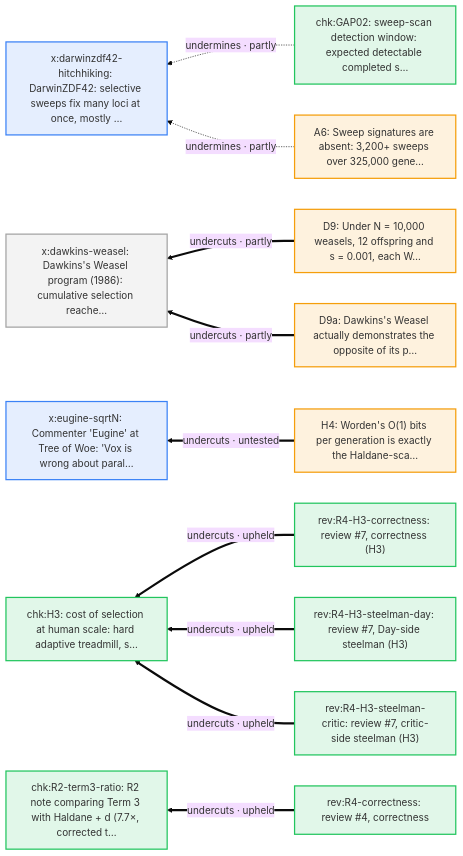
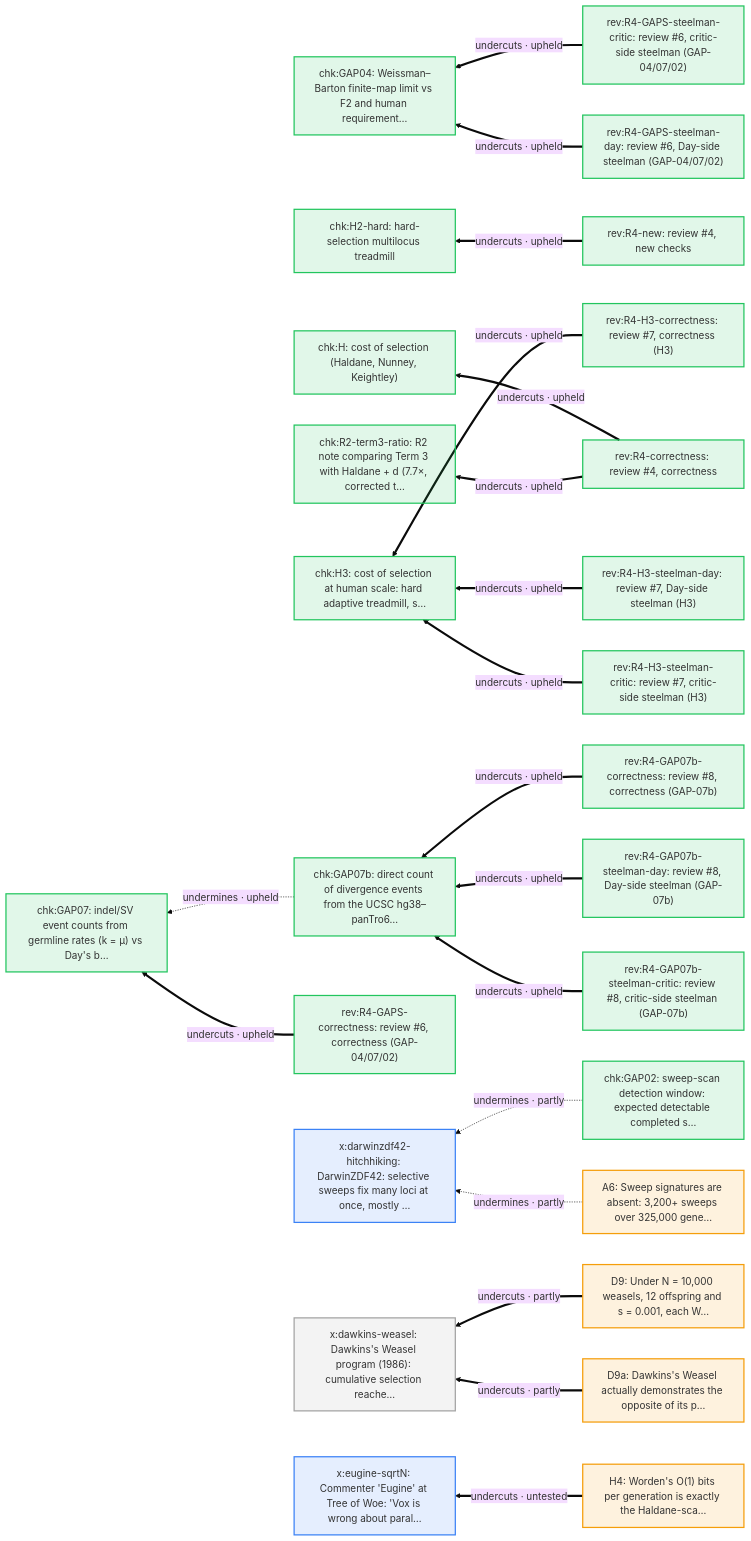
One commit to nickallevato/evo-sim changed diagram 16 of 16 in docs/arguments/defeaters.md. Above: the diagram before and after it, drawn with Mermaid (base theme). The commit also changed other lines of this file and 50 other files, not shown here.

````diff
--- a/docs/arguments/defeaters.md
+++ b/docs/arguments/defeaters.md
@@ -763,31 +787,52 @@
 ```mermaid
 flowchart RL
   classDef day fill:#f59e0b22,stroke:#f59e0b,stroke-width:2px
   classDef ally fill:#d9770622,stroke:#d97706,stroke-width:2px
   classDef critic fill:#3b82f622,stroke:#3b82f6,stroke-width:2px
   classDef literature fill:#a3a3a322,stroke:#a3a3a3,stroke-width:2px
   classDef audit fill:#22c55e22,stroke:#22c55e,stroke-width:2px
   A6["A6: Sweep signatures are absent: 3,200+ sweeps over 325,000 gene…"]:::day
   D9["D9: Under N = 10,000 weasels, 12 offspring and s = 0.001, each W…"]:::day
   D9a["D9a: Dawkins's Weasel actually demonstrates the opposite of its p…"]:::day
   H4["H4: Worden's O(1) bits per generation is exactly the Haldane-sca…"]:::day
   chk_GAP02["chk:GAP02: sweep-scan detection window: expected detectable completed s…"]:::audit
+  chk_GAP04["chk:GAP04: Weissman–Barton finite-map limit vs F2 and human requirement…"]:::audit
+  chk_GAP07["chk:GAP07: indel/SV event counts from germline rates (k = μ) vs Day's b…"]:::audit
+  chk_GAP07b["chk:GAP07b: direct count of divergence events from the UCSC hg38–panTro6…"]:::audit
+  chk_H["chk:H: cost of selection (Haldane, Nunney, Keightley)"]:::audit
+  chk_H2_hard["chk:H2-hard: hard-selection multilocus treadmill"]:::audit
   chk_H3["chk:H3: cost of selection at human scale: hard adaptive treadmill, s…"]:::audit
   chk_R2_term3_ratio["chk:R2-term3-ratio: R2 note comparing Term 3 with Haldane + d (7.7×, corrected t…"]:::audit
+  rev_R4_GAP07b_correctness["rev:R4-GAP07b-correctness: review #8, correctness (GAP-07b)"]:::audit
+  rev_R4_GAP07b_steelman_critic["rev:R4-GAP07b-steelman-critic: review #8, critic-side steelman (GAP-07b)"]:::audit
+  rev_R4_GAP07b_steelman_day["rev:R4-GAP07b-steelman-day: review #8, Day-side steelman (GAP-07b)"]:::audit
+  rev_R4_GAPS_correctness["rev:R4-GAPS-correctness: review #6, correctness (GAP-04/07/02)"]:::audit
+  rev_R4_GAPS_steelman_critic["rev:R4-GAPS-steelman-critic: review #6, critic-side steelman (GAP-04/07/02)"]:::audit
+  rev_R4_GAPS_steelman_day["rev:R4-GAPS-steelman-day: review #6, Day-side steelman (GAP-04/07/02)"]:::audit
   rev_R4_H3_correctness["rev:R4-H3-correctness: review #7, correctness (H3)"]:::audit
   rev_R4_H3_steelman_critic["rev:R4-H3-steelman-critic: review #7, critic-side steelman (H3)"]:::audit
   rev_R4_H3_steelman_day["rev:R4-H3-steelman-day: review #7, Day-side steelman (H3)"]:::audit
   rev_R4_correctness["rev:R4-correctness: review #4, correctness"]:::audit
+  rev_R4_new["rev:R4-new: review #4, new checks"]:::audit
   x_darwinzdf42_hitchhiking["x:darwinzdf42-hitchhiking: DarwinZDF42: selective sweeps fix many loci at once, mostly …"]:::critic
   x_dawkins_weasel["x:dawkins-weasel: Dawkins's Weasel program (1986): cumulative selection reache…"]:::literature
   x_eugine_sqrtN["x:eugine-sqrtN: Commenter 'Eugine' at Tree of Woe: 'Vox is wrong about paral…"]:::critic
+  rev_R4_GAPS_steelman_critic ==>|"undercuts · upheld"| chk_GAP04
+  rev_R4_GAPS_steelman_day ==>|"undercuts · upheld"| chk_GAP04
+  rev_R4_GAPS_correctness ==>|"undercuts · upheld"| chk_GAP07
+  chk_GAP07b -.->|"undermines · upheld"| chk_GAP07
+  rev_R4_GAP07b_correctness ==>|"undercuts · upheld"| chk_GAP07b
+  rev_R4_GAP07b_steelman_day ==>|"undercuts · upheld"| chk_GAP07b
+  rev_R4_GAP07b_steelman_critic ==>|"undercuts · upheld"| chk_GAP07b
+  rev_R4_correctness ==>|"undercuts · upheld"| chk_H
+  rev_R4_new ==>|"undercuts · upheld"| chk_H2_hard
   rev_R4_H3_correctness ==>|"undercuts · upheld"| chk_H3
   rev_R4_H3_steelman_day ==>|"undercuts · upheld"| chk_H3
   rev_R4_H3_steelman_critic ==>|"undercuts · upheld"| chk_H3
   rev_R4_correctness ==>|"undercuts · upheld"| chk_R2_term3_ratio
   chk_GAP02 -.->|"undermines · partly"| x_darwinzdf42_hitchhiking
   A6 -.->|"undermines · partly"| x_darwinzdf42_hitchhiking
   D9 ==>|"undercuts · partly"| x_dawkins_weasel
   D9a ==>|"undercuts · partly"| x_dawkins_weasel
   H4 ==>|"undercuts · untested"| x_eugine_sqrtN
 ```
````
